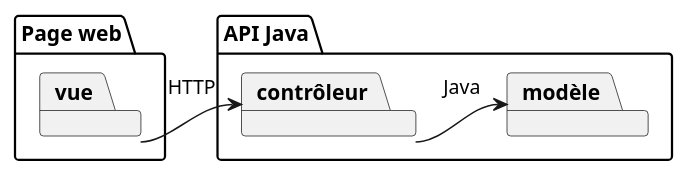
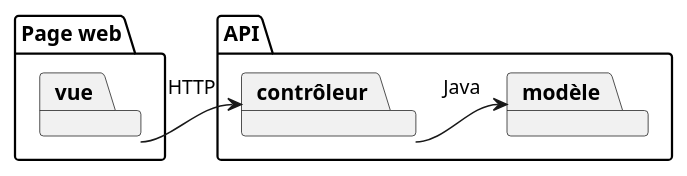
The second of 3 diagrams in src/main/doc/exemple2.adoc (tgoubin/mvc-example), drawn with PlantUML before and after one commit. The commit also changed other lines of this file and 1 other file, not shown here.

```diff
--- a/src/main/doc/exemple2.adoc
+++ b/src/main/doc/exemple2.adoc
@@ -135,18 +126,18 @@
 [plantuml, "modele-mvc2", png]  
 ----
 @startuml
 
-folder "API Java" {
+folder API {
 	package modèle
 	package contrôleur
 }
 
 folder "Page web" {
 	package vue
 }
 
 vue -> contrôleur: HTTP
 contrôleur -> modèle: Java
 
 @enduml
 ----
```
